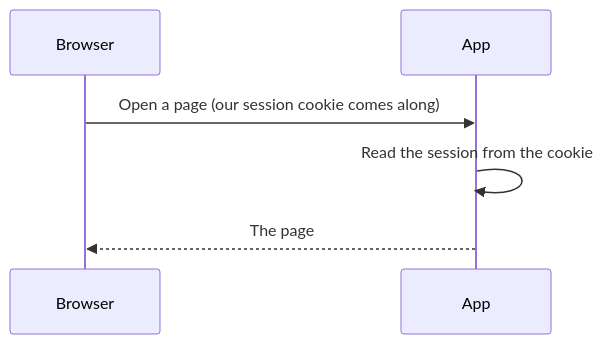
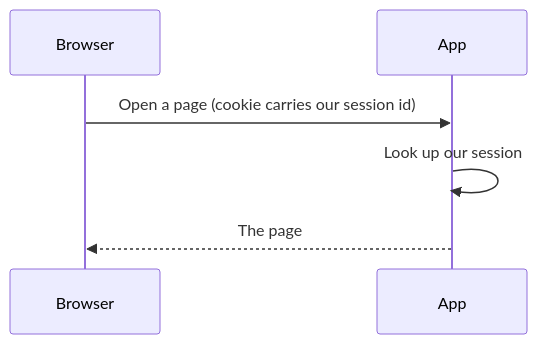
The sixth of 7 diagrams in auth/README.md (tgogos/CS_notes), drawn with Mermaid before and after one commit. The commit also changed other lines of this file, not shown here.

Commit message:
Separate the session, its id, and the cookie, and treat the ID token as the Keycloak login result.

````diff
--- a/auth/README.md
+++ b/auth/README.md
@@ -209,9 +218,9 @@
 ```mermaid
 sequenceDiagram
   participant Browser
   participant App
 
-  Browser->>App: Open a page (our session cookie comes along)
-  App->>App: Read the session from the cookie
+  Browser->>App: Open a page (cookie carries our session id)
+  App->>App: Look up our session
   App-->>Browser: The page
 ```
````
